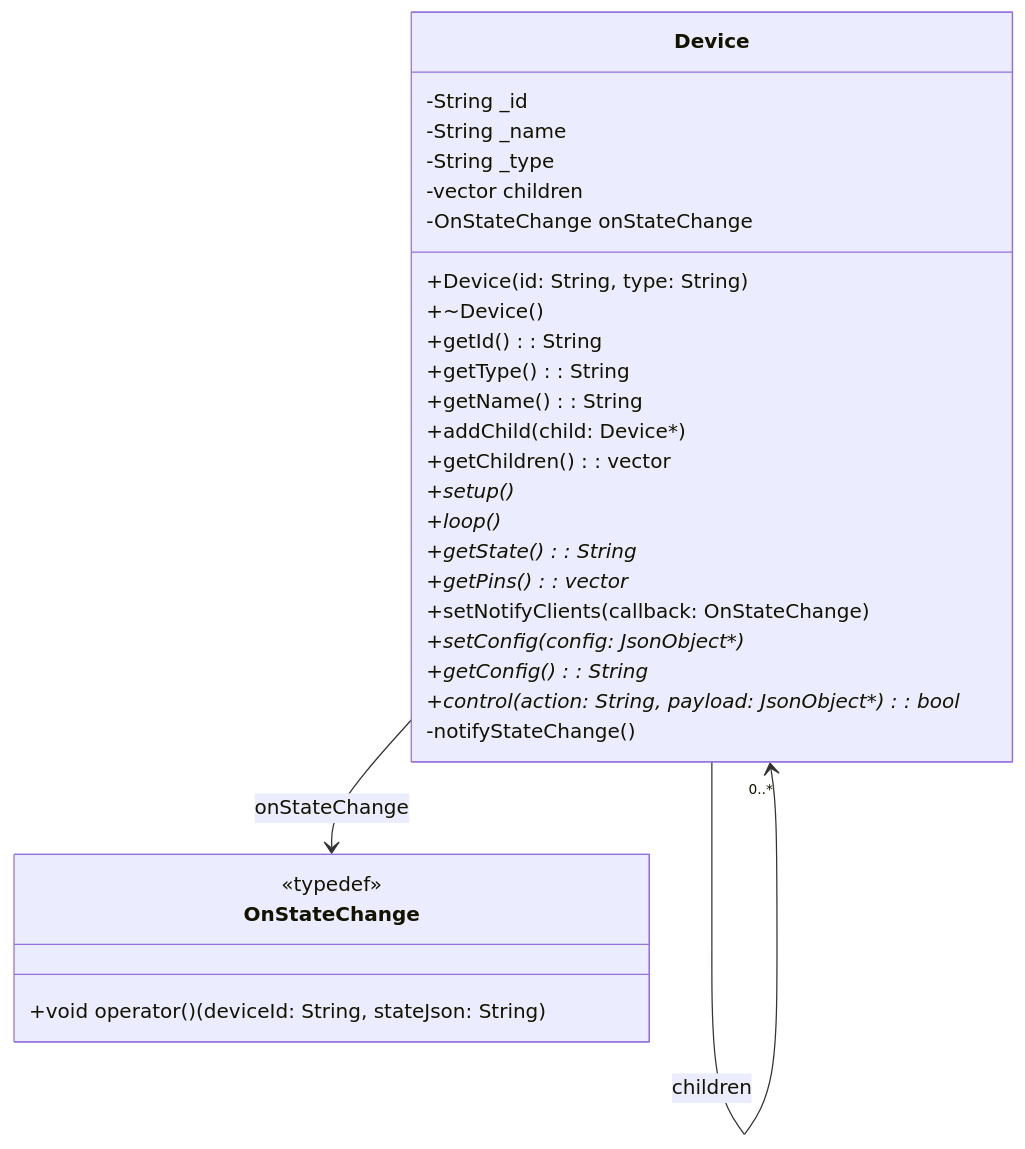
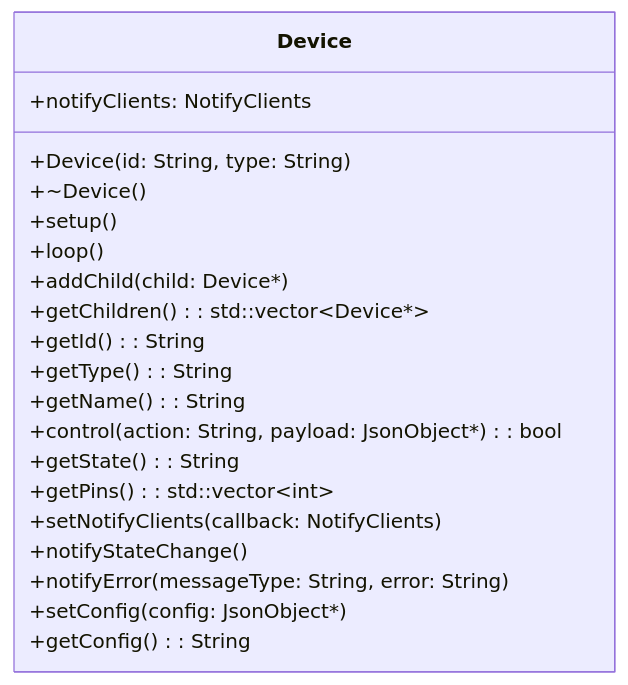
The diagram in esp32_ws/Device.MD (jovdb/marble-track), drawn with Mermaid before and after one commit. The commit also changed other lines of this file, not shown here.

````diff
--- a/esp32_ws/Device.MD
+++ b/esp32_ws/Device.MD
@@ -9,42 +18,23 @@
 ```mermaid
 classDiagram
     class Device {
-        -String _id
-        -String _name
-        -String _type
-        -vector<Device*> children
-        -OnStateChange onStateChange
-
         +Device(id: String, type: String)
         +~Device()
-
+        +setup()
+        +loop()
+        +addChild(child: Device*)
+        +getChildren(): std::vector~Device*~
         +getId(): String
         +getType(): String
         +getName(): String
-
-        +addChild(child: Device*)
-        +getChildren(): vector<Device*>
-
-        +setup()*
-        +loop()*
-
-        +getState(): String*
-        +getPins(): vector<int>*
-
-        +setNotifyClients(callback: OnStateChange)
-
-        +setConfig(config: JsonObject*)*
-        +getConfig(): String*
-
-        +control(action: String, payload: JsonObject*): bool*
-        -notifyStateChange()
+        +control(action: String, payload: JsonObject*): bool
+        +getState(): String
+        +getPins(): std::vector~int~
+        +setNotifyClients(callback: NotifyClients)
+        +notifyStateChange()
+        +notifyError(messageType: String, error: String)
+        +setConfig(config: JsonObject*)
+        +getConfig(): String
+        +notifyClients: NotifyClients
     }
-
-    class OnStateChange {
-        <<typedef>>
-        +void operator()(deviceId: String, stateJson: String)
-    }
-
-    Device --> "0..*" Device : children
-    Device --> OnStateChange : onStateChange
 ```
````
